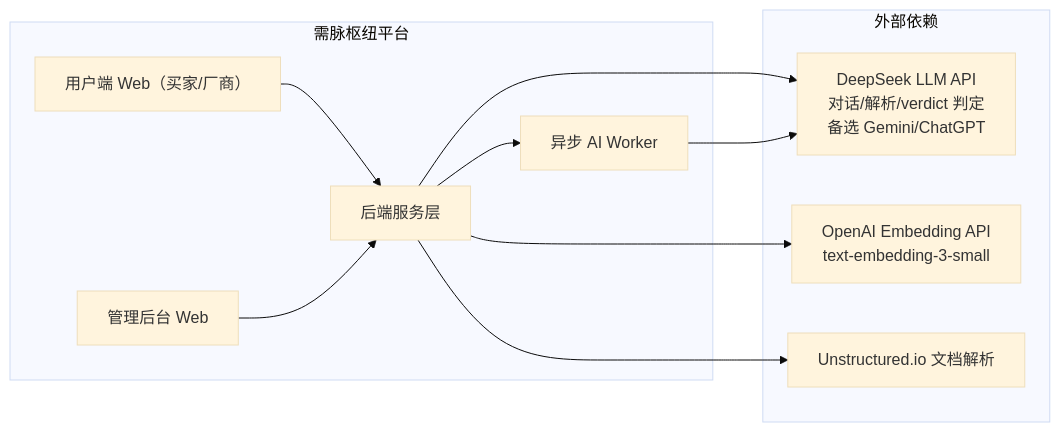
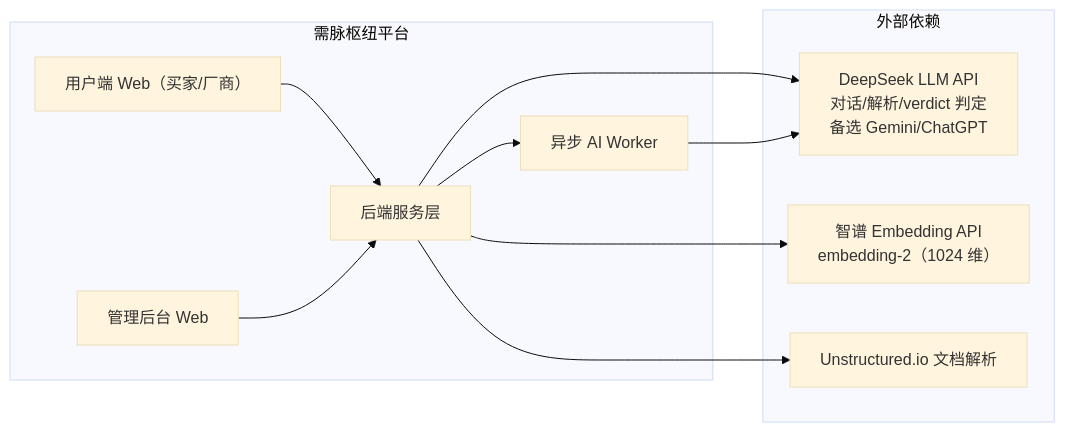
The first of 9 diagrams in doc/系统/系统架构设计.md (ivgotcrazy/xmsn-demo), drawn with Mermaid (base theme) before and after one commit. The commit also changed other lines of this file and 3 other files, not shown here.

````diff
--- a/doc/系统/系统架构设计.md
+++ b/doc/系统/系统架构设计.md
@@ -74,21 +74,21 @@
 ```mermaid
 graph LR
     subgraph System["需脉枢纽平台"]
         UserWeb["用户端 Web（买家/厂商）"]
         AdminWeb["管理后台 Web"]
         API["后端服务层"]
         Worker["异步 AI Worker"]
     end
     subgraph External["外部依赖"]
         LLM["DeepSeek LLM API<br/>对话/解析/verdict 判定<br/>备选 Gemini/ChatGPT"]
-        EMB["OpenAI Embedding API<br/>text-embedding-3-small"]
+        EMB["智谱 Embedding API<br/>embedding-2（1024 维）"]
         DOC["Unstructured.io 文档解析"]
     end
     UserWeb --> API
     AdminWeb --> API
     API --> LLM
     API --> EMB
     API --> DOC
     API --> Worker
     Worker --> LLM
 ```
````
